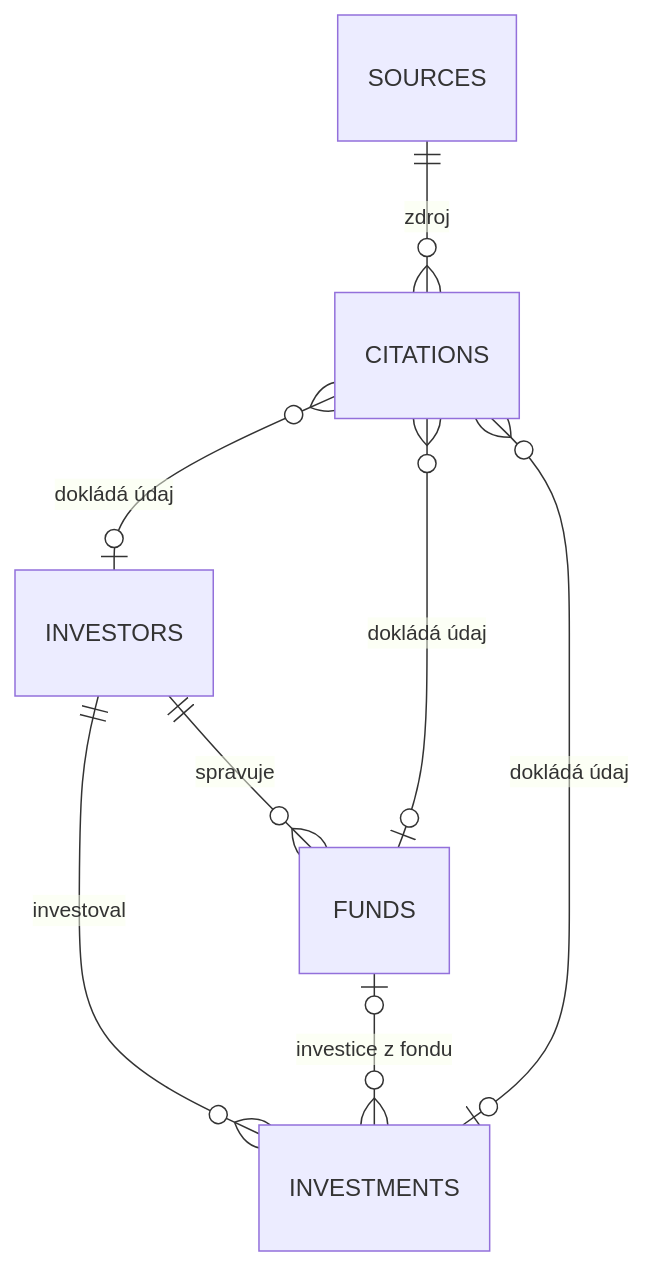
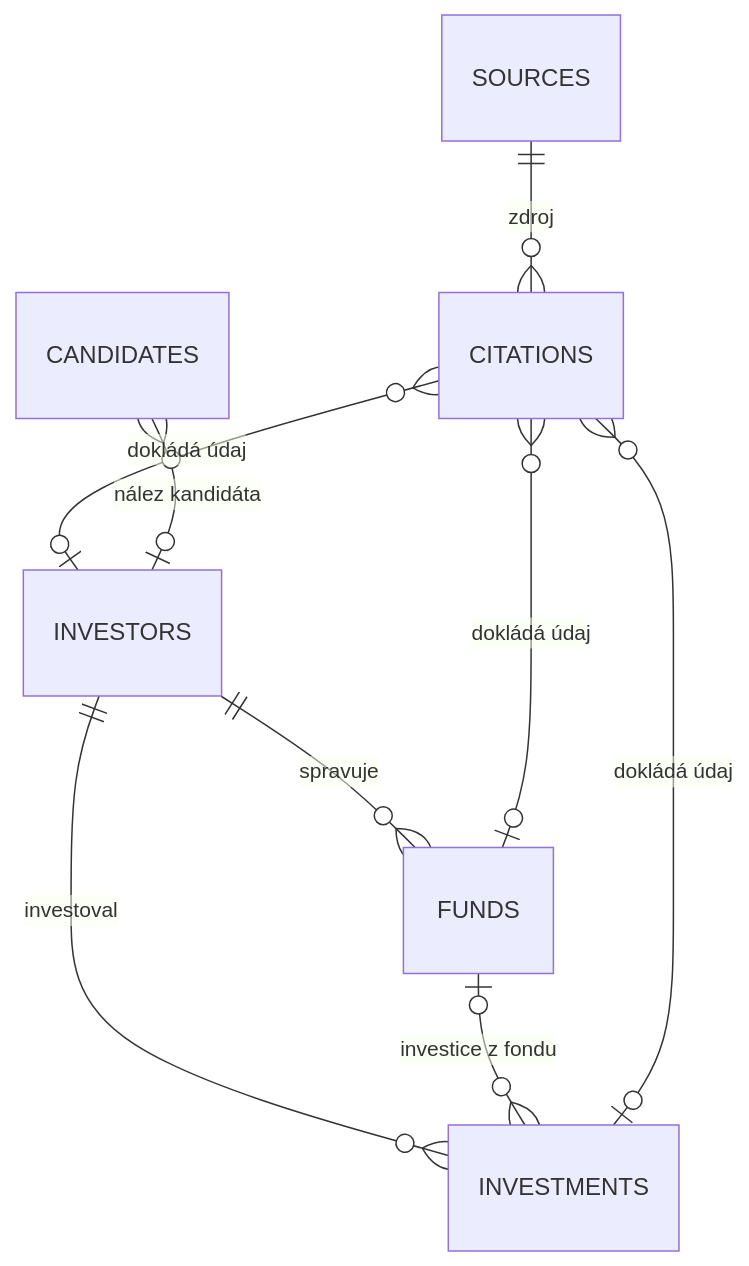
One commit to Indrovi/investor-database changed the diagram in docs/datovy-model.md. Above: the diagram before and after it, drawn with Mermaid. The commit also changed other lines of this file and 47 other files, not shown here.

````diff
--- a/docs/datovy-model.md
+++ b/docs/datovy-model.md
@@ -20,10 +20,11 @@
 ```mermaid
 erDiagram
     INVESTORS ||--o{ FUNDS : "spravuje"
     INVESTORS ||--o{ INVESTMENTS : "investoval"
     FUNDS |o--o{ INVESTMENTS : "investice z fondu"
     SOURCES ||--o{ CITATIONS : "zdroj"
     CITATIONS }o--o| INVESTORS : "dokládá údaj"
     CITATIONS }o--o| FUNDS : "dokládá údaj"
     CITATIONS }o--o| INVESTMENTS : "dokládá údaj"
+    CANDIDATES }o--o| INVESTORS : "nález kandidáta"
 ```
````
